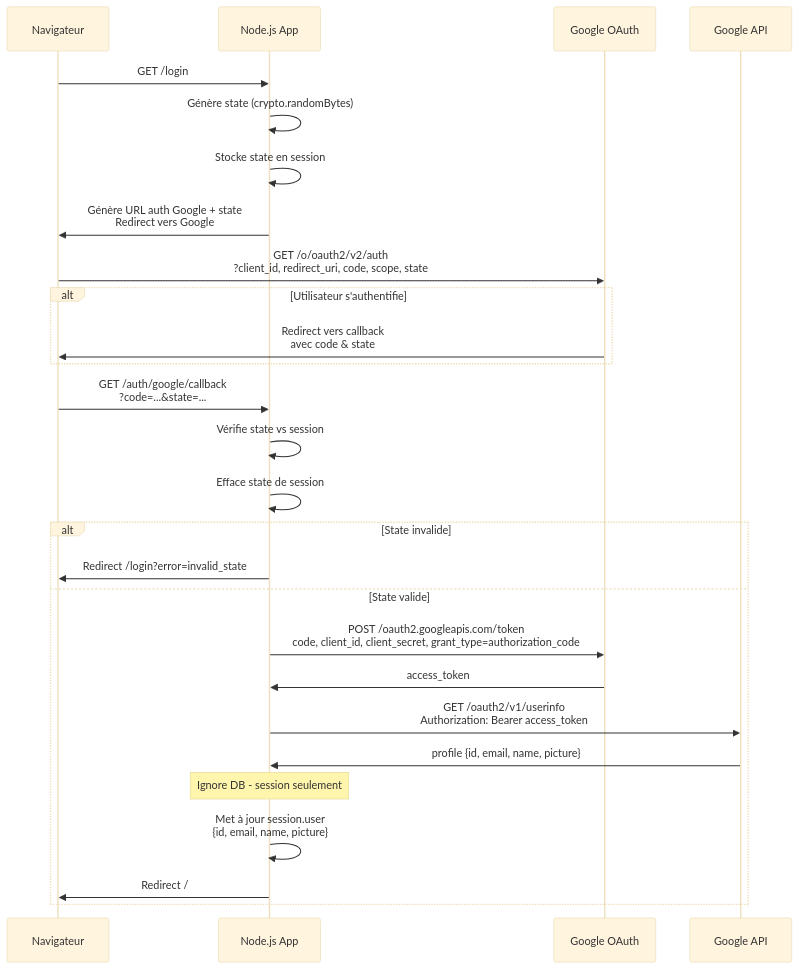
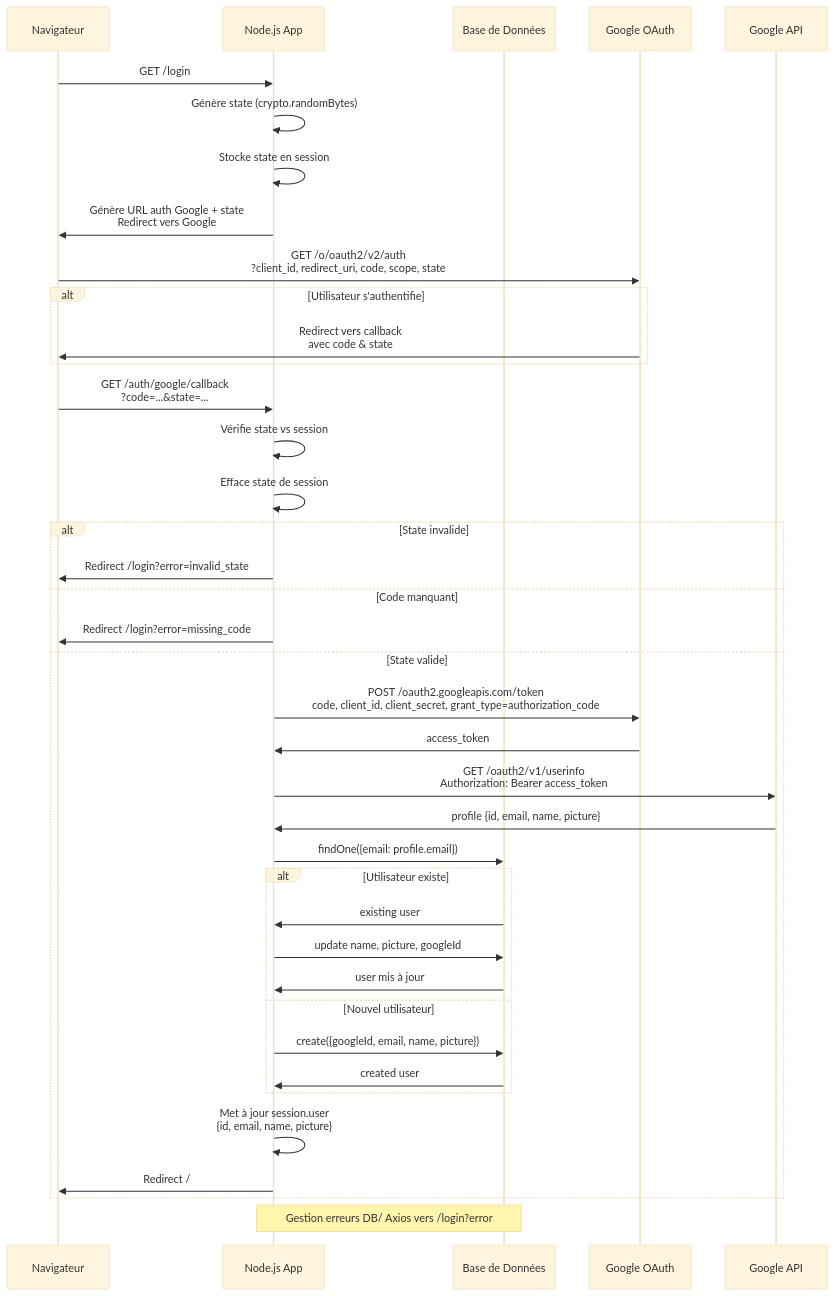
Before and after one commit to zeph-kun/node-google-auth: the diagram in README.md, drawn with Mermaid (base theme).

````diff
--- a/README.md
+++ b/README.md
@@ -5,37 +5,49 @@
 ```mermaid
 sequenceDiagram
     participant Browser as Navigateur
     participant App as Node.js App
+    participant DB as Base de Données
     participant Google as Google OAuth
     participant GoogleAPI as Google API
 
     Browser->>App: GET /login
     App->>App: Génère state (crypto.randomBytes)
     App->>App: Stocke state en session
     App->>Browser: Génère URL auth Google + state<br/>Redirect vers Google
 
     Browser->>Google: GET /o/oauth2/v2/auth<br/>?client_id, redirect_uri, code, scope, state
 
     alt Utilisateur s'authentifie
         Google->>Browser: Redirect vers callback<br/>avec code & state
     end
 
     Browser->>App: GET /auth/google/callback<br/>?code=...&state=...
 
     App->>App: Vérifie state vs session
     App->>App: Efface state de session
     alt State invalide
         App->>Browser: Redirect /login?error=invalid_state
+    else Code manquant
+        App->>Browser: Redirect /login?error=missing_code
     else State valide
         App->>Google: POST /oauth2.googleapis.com/token<br/>code, client_id, client_secret, grant_type=authorization_code
         Google->>App: access_token
 
         App->>GoogleAPI: GET /oauth2/v1/userinfo<br/>Authorization: Bearer access_token
         GoogleAPI->>App: profile {id, email, name, picture}
 
-        Note over App: Ignore DB - session seulement
+        App->>DB: findOne({email: profile.email})
+        alt Utilisateur existe
+            DB->>App: existing user
+            App->>DB: update name, picture, googleId
+            DB->>App: user mis à jour
+        else Nouvel utilisateur
+            App->>DB: create({googleId, email, name, picture})
+            DB->>App: created user
+        end
+
         App->>App: Met à jour session.user<br/>{id, email, name, picture}
         App->>Browser: Redirect /
     end
-
+    Note over App,DB: Gestion erreurs DB/ Axios vers /login?error
 ```
````
